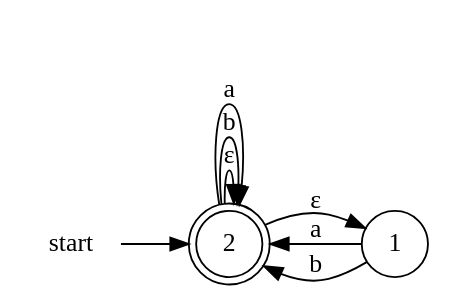
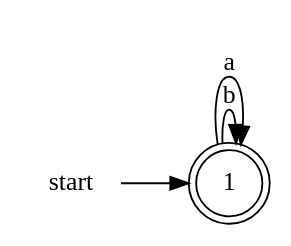
Before and after one commit to Kienyew/regex: the third of 3 diagrams in README.md, drawn with Graphviz. The commit also changed other lines of this file and 2 other files, not shown here.

````diff
--- a/README.md
+++ b/README.md
@@ -93,16 +78,12 @@
 ```dot
 Digraph G {
         node [shape=circle]
         rankdir = LR
         0 [shape=plaintext, label="start"]
-        2 [shape=doublecircle]
+        1 [shape=doublecircle]
 
-        0 -> 2
-        1 ->  2 [label = " a"]
-        2 ->  2 [label = " ε"]
-        2 ->  2 [label = " b"]
-        2 ->  2 [label = " a"]
-        2 ->  1 [label = " ε"]
-        1 ->  2 [label = " b"]
+        0 -> 1
+        1 ->  1 [label = " b"]
+        1 ->  1 [label = " a"]
 }
 ```
````
